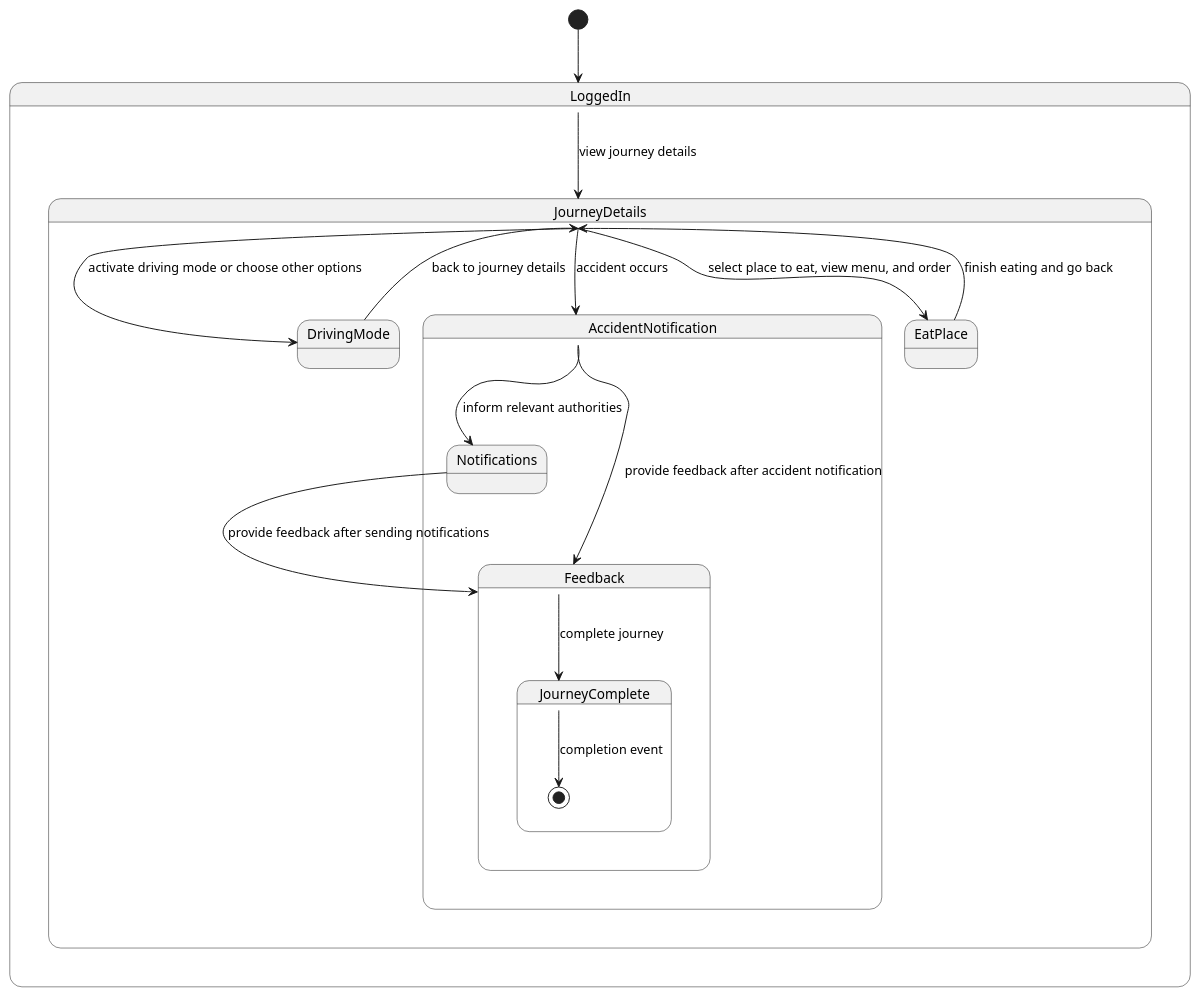
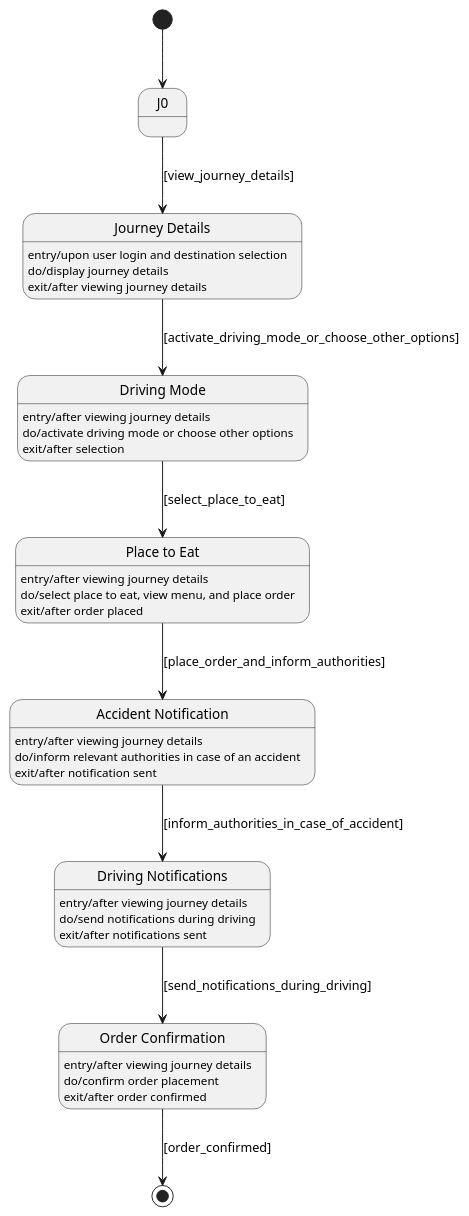
The diagram in valid_diagrams/Qwen_2.5_7B/syntax_grounded_repair/case_34_green_rides/diagram.puml (maimunafaria/State_transition_Diagram_generated_by_LLM), drawn with PlantUML before and after one commit. The commit also changed 34 other files, not shown here.

```diff
--- a/valid_diagrams/Qwen_2.5_7B/syntax_grounded_repair/case_34_green_rides/diagram.puml
+++ b/valid_diagrams/Qwen_2.5_7B/syntax_grounded_repair/case_34_green_rides/diagram.puml
@@ -1,39 +1,44 @@
 @startuml
-[*] --> LoggedIn
+[*] --> J0
 
-state LoggedIn {
-  LoggedIn --> JourneyDetails : view journey details
-}
+state J0 <<choice>>
 
-state JourneyDetails {
-  JourneyDetails --> DrivingMode : activate driving mode or choose other options
-  JourneyDetails --> EatPlace : select place to eat, view menu, and order
-  JourneyDetails --> AccidentNotification : accident occurs
-}
+state "Journey Details" as JourneyDetails
+JourneyDetails : entry/upon user login and destination selection
+JourneyDetails : do/display journey details
+JourneyDetails : exit/after viewing journey details
 
-state DrivingMode {
-  DrivingMode --> JourneyDetails : back to journey details
-}
+state "Driving Mode" as DrivingMode
+DrivingMode : entry/after viewing journey details
+DrivingMode : do/activate driving mode or choose other options
+DrivingMode : exit/after selection
 
-state EatPlace {
-  EatPlace --> JourneyDetails : finish eating and go back
-}
+state "Place to Eat" as PlaceToEat
+PlaceToEat : entry/after viewing journey details
+PlaceToEat : do/select place to eat, view menu, and place order
+PlaceToEat : exit/after order placed
 
-state AccidentNotification {
-  AccidentNotification --> Notifications : inform relevant authorities
-  AccidentNotification --> Feedback : provide feedback after accident notification
-}
+state "Accident Notification" as AccidentNotification
+AccidentNotification : entry/after viewing journey details
+AccidentNotification : do/inform relevant authorities in case of an accident
+AccidentNotification : exit/after notification sent
 
-state Notifications {
-  Notifications --> Feedback : provide feedback after sending notifications
-}
+state "Driving Notifications" as DrivingNotifications
+DrivingNotifications : entry/after viewing journey details
+DrivingNotifications : do/send notifications during driving
+DrivingNotifications : exit/after notifications sent
 
-state Feedback {
-  Feedback --> JourneyComplete : complete journey
-}
+state "Order Confirmation" as OrderConfirmation
+OrderConfirmation : entry/after viewing journey details
+OrderConfirmation : do/confirm order placement
+OrderConfirmation : exit/after order confirmed
 
-state JourneyComplete {
-  JourneyComplete --> [*] : completion event
-}
+J0 --> JourneyDetails : [view_journey_details]
+JourneyDetails --> DrivingMode : [activate_driving_mode_or_choose_other_options]
+DrivingMode --> PlaceToEat : [select_place_to_eat]
+PlaceToEat --> AccidentNotification : [place_order_and_inform_authorities]
+AccidentNotification --> DrivingNotifications : [inform_authorities_in_case_of_accident]
+DrivingNotifications --> OrderConfirmation : [send_notifications_during_driving]
+OrderConfirmation --> [*] : [order_confirmed]
 
 @enduml
```
